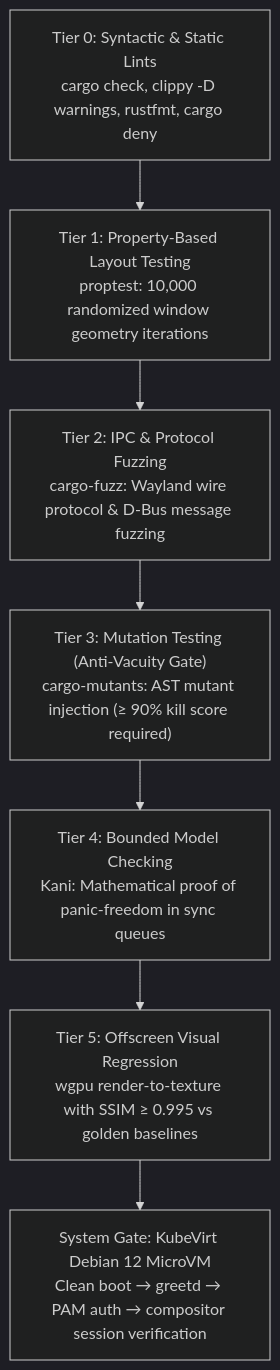
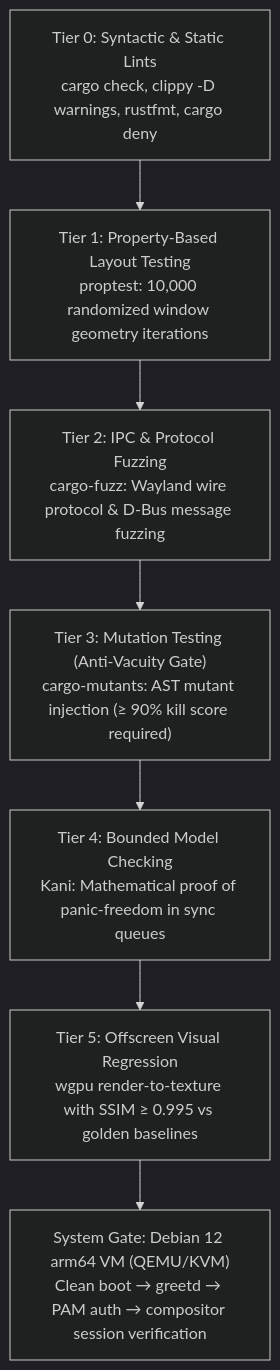
One commit to bande-linux/desktop changed the eighth of 8 diagrams in docs/ARCHITECTURE.md. Above: the diagram before and after it, drawn with Mermaid (dark theme). The commit also changed other lines of this file and 4 other files, not shown here.

````diff
--- a/docs/ARCHITECTURE.md
+++ b/docs/ARCHITECTURE.md
@@ -691,10 +692,10 @@
 ```mermaid
 flowchart TD
     T0["Tier 0: Syntactic & Static Lints<br/>cargo check, clippy -D warnings, rustfmt, cargo deny"] --> T1
     T1["Tier 1: Property-Based Layout Testing<br/>proptest: 10,000 randomized window geometry iterations"] --> T2
     T2["Tier 2: IPC & Protocol Fuzzing<br/>cargo-fuzz: Wayland wire protocol & D-Bus message fuzzing"] --> T3
     T3["Tier 3: Mutation Testing (Anti-Vacuity Gate)<br/>cargo-mutants: AST mutant injection (≥ 90% kill score required)"] --> T4
     T4["Tier 4: Bounded Model Checking<br/>Kani: Mathematical proof of panic-freedom in sync queues"] --> T5
     T5["Tier 5: Offscreen Visual Regression<br/>wgpu render-to-texture with SSIM ≥ 0.995 vs golden baselines"] --> VM
-    VM["System Gate: KubeVirt Debian 12 MicroVM<br/>Clean boot → greetd → PAM auth → compositor session verification"]
+    VM["System Gate: Debian 12 arm64 VM (QEMU/KVM)<br/>Clean boot → greetd → PAM auth → compositor session verification"]
 ```
````
